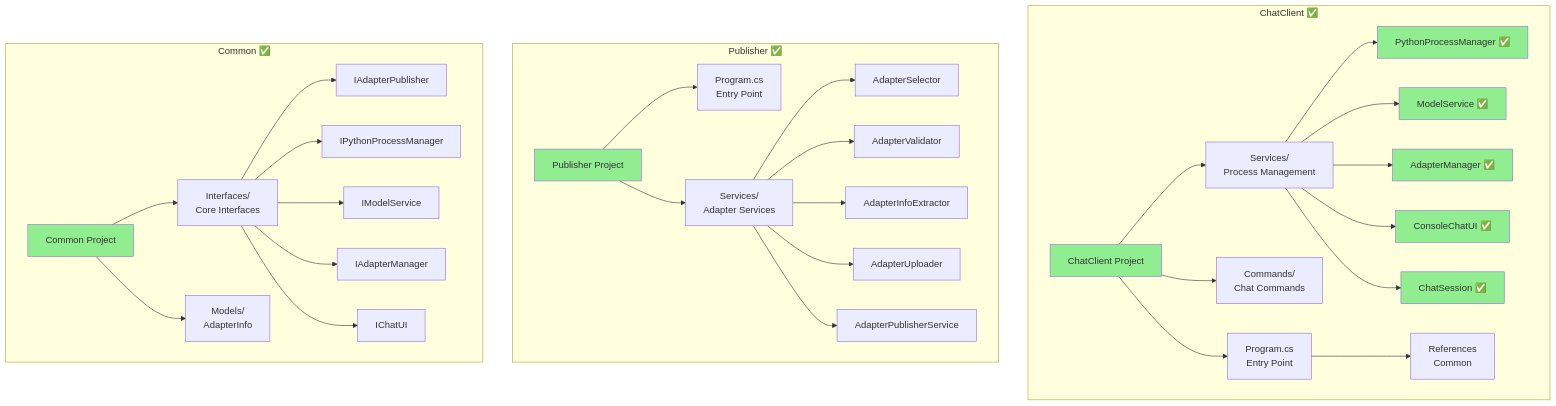
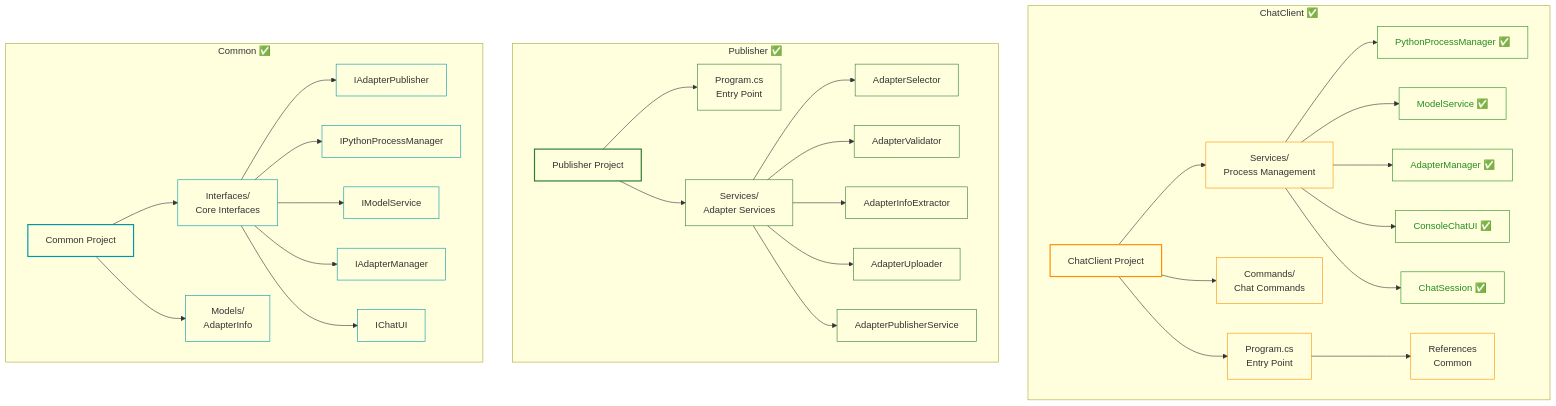
One commit to gsinghjay/LLMAdapterClient changed the fifth of 8 diagrams in STORY.md. Above: the diagram before and after it, drawn with Mermaid. The commit also changed other lines of this file, not shown here.

Commit message:
docs(diagrams): align mermaid diagrams with project styling standards

````diff
--- a/STORY.md
+++ b/STORY.md
@@ -211,46 +225,57 @@
 ```mermaid
-graph TD
+flowchart TD
+    %% ChatClient project structure
     subgraph "ChatClient ✅"
         CC[ChatClient Project]
         CC --> CC1[Program.cs<br>Entry Point]
         CC --> CC2[Commands/<br>Chat Commands]
         CC --> CC3[Services/<br>Process Management]
         CC3 --> CC4[PythonProcessManager ✅]
         CC3 --> CC5[ModelService ✅]
         CC3 --> CC6[AdapterManager ✅]
         CC3 --> CC7[ConsoleChatUI ✅]
         CC3 --> CC8[ChatSession ✅]
         CC1 --> CC9[References<br>Common]
     end
 
+    %% Publisher project structure
     subgraph "Publisher ✅"
         PB[Publisher Project]
         PB --> PB1[Program.cs<br>Entry Point]
         PB --> PB2[Services/<br>Adapter Services]
         PB2 --> PB3[AdapterSelector]
         PB2 --> PB4[AdapterValidator]
         PB2 --> PB5[AdapterInfoExtractor]
         PB2 --> PB6[AdapterUploader]
         PB2 --> PB7[AdapterPublisherService]
     end
 
+    %% Common project structure
     subgraph "Common ✅"
         CM[Common Project]
         CM --> CM1[Interfaces/<br>Core Interfaces]
         CM1 --> CM3[IAdapterPublisher]
         CM1 --> CM4[IPythonProcessManager]
         CM1 --> CM5[IModelService]
         CM1 --> CM6[IAdapterManager]
         CM1 --> CM7[IChatUI]
         CM --> CM2[Models/<br>AdapterInfo]
     end
 
-    style CC fill:#90EE90
-    style CC4 fill:#90EE90
-    style CC5 fill:#90EE90
-    style CC6 fill:#90EE90
-    style CC7 fill:#90EE90
-    style CC8 fill:#90EE90
-    style PB fill:#90EE90
-    style CM fill:#90EE90
+    %% Apply styling according to standards
+    classDef chatClient fill:transparent,stroke:#ff8f00,stroke-width:2px,fontFamily:Arial,sans-serif,fontSize:14px
+    classDef chatClientComp fill:transparent,stroke:#ff8f00,stroke-width:1px,fontFamily:Arial,sans-serif,fontSize:12px
+    classDef publisher fill:transparent,stroke:#2e7d32,stroke-width:2px,fontFamily:Arial,sans-serif,fontSize:14px
+    classDef publisherComp fill:transparent,stroke:#2e7d32,stroke-width:1px,fontFamily:Arial,sans-serif,fontSize:12px
+    classDef common fill:transparent,stroke:#0097a7,stroke-width:2px,fontFamily:Arial,sans-serif,fontSize:14px
+    classDef commonComp fill:transparent,stroke:#0097a7,stroke-width:1px,fontFamily:Arial,sans-serif,fontSize:12px
+    classDef done fill:transparent,stroke:#228B22,color:#228B22,fontFamily:Arial,sans-serif,fontSize:12px
+    
+    class CC chatClient
+    class CC1,CC2,CC3,CC9 chatClientComp
+    class CC4,CC5,CC6,CC7,CC8 done
+    class PB publisher
+    class PB1,PB2,PB3,PB4,PB5,PB6,PB7 publisherComp
+    class CM common
+    class CM1,CM2,CM3,CM4,CM5,CM6,CM7 commonComp
 ```
````
